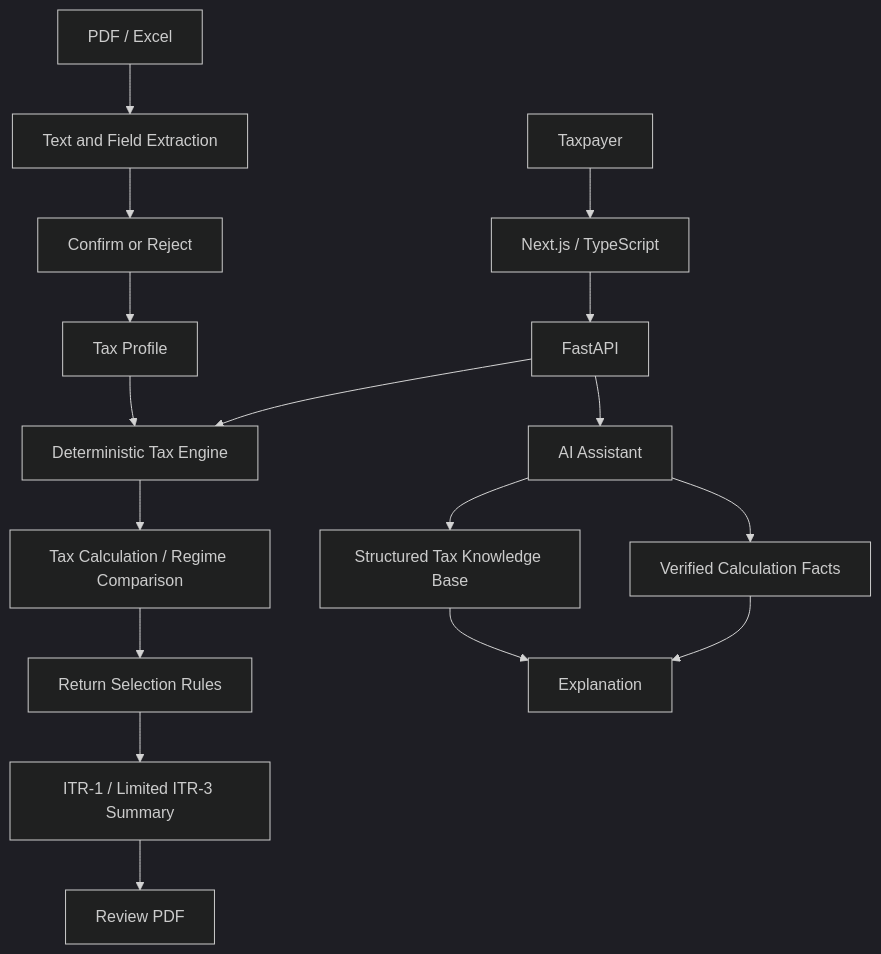
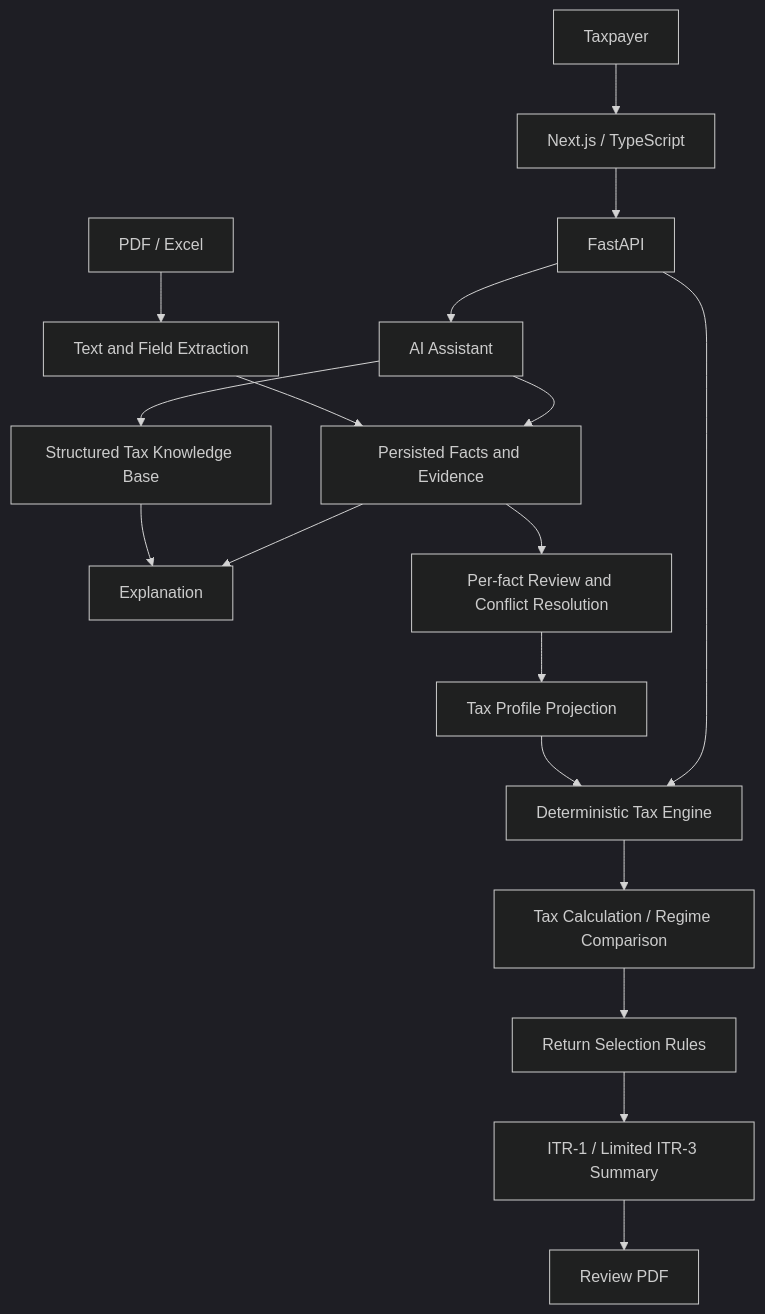
One commit to Diganths2005/aaa changed the diagram in docs/dev-guide.md. Above: the diagram before and after it, drawn with Mermaid (dark theme). The commit also changed other lines of this file and 28 other files, not shown here.

Commit message:
Add taxpayer fact evidence workflow

````diff
--- a/docs/dev-guide.md
+++ b/docs/dev-guide.md
@@ -7,19 +7,20 @@
 ```mermaid
 flowchart TD
     Taxpayer --> Frontend[Next.js / TypeScript]
     Frontend --> API[FastAPI]
     API --> Engine[Deterministic Tax Engine]
     Engine --> Results[Tax Calculation / Regime Comparison]
     Results --> Selector[Return Selection Rules]
     Selector --> ITR[ITR-1 / Limited ITR-3 Summary]
     ITR --> PDF[Review PDF]
     API --> Chat[AI Assistant]
     Chat --> Facts[Verified Calculation Facts]
     Chat --> KB[Structured Tax Knowledge Base]
     Facts --> Explain[Explanation]
     KB --> Explain
     Documents[PDF / Excel] --> Extract[Text and Field Extraction]
-    Extract --> Review[Confirm or Reject]
-    Review --> Profile[Tax Profile]
+    Extract --> Facts[Persisted Facts and Evidence]
+    Facts --> Review[Per-fact Review and Conflict Resolution]
+    Review --> Profile[Tax Profile Projection]
     Profile --> Engine
 ```
````
